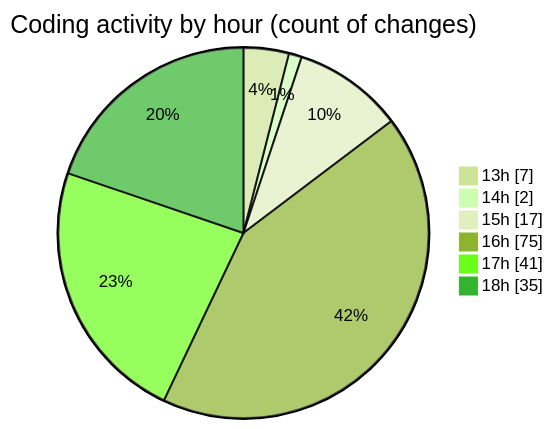
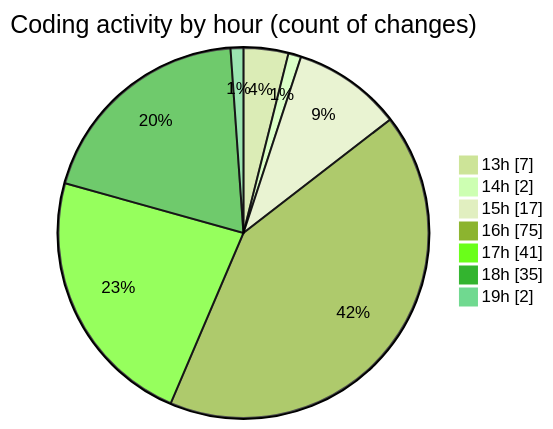
Before and after one commit to charlie-sans/code-tracking: the second of 2 diagrams in 2025-02-24/micros/README.md, drawn with Mermaid (forest theme). The commit also changed other lines of this file and 1 other file, not shown here.

````diff
--- a/2025-02-24/micros/README.md
+++ b/2025-02-24/micros/README.md
@@ -50,10 +50,11 @@
 ```mermaid
 pie showData
 title Coding activity by hour (count of changes)
 "13h" : 7
 "14h" : 2
 "15h" : 17
 "16h" : 75
 "17h" : 41
 "18h" : 35
+"19h" : 2
 ```
````
